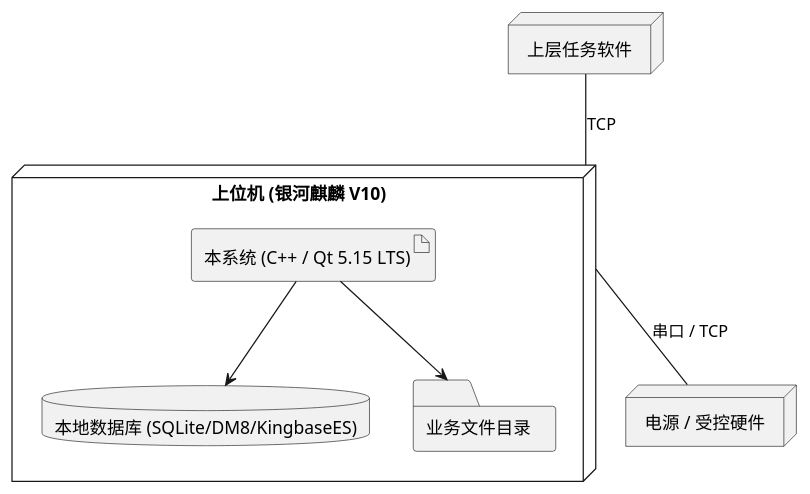
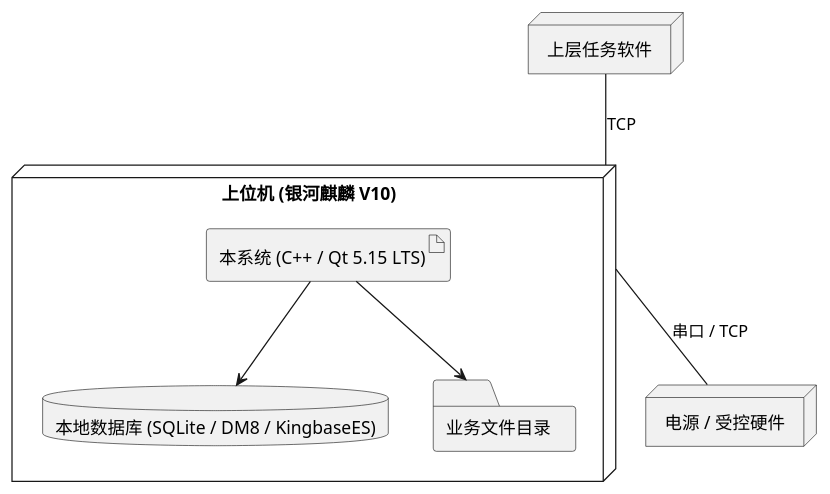
The second of 2 diagrams in 方案/02-总体设计方案.md (cppshooter/cursor), drawn with PlantUML before and after one commit. The commit also changed other lines of this file and 6 other files, not shown here.

````diff
--- a/方案/02-总体设计方案.md
+++ b/方案/02-总体设计方案.md
@@ -75,16 +89,16 @@
 ```plantuml
 @startuml
 node "上位机 (银河麒麟 V10)" as PC {
   artifact "本系统 (C++ / Qt 5.15 LTS)" as App
-  database "本地数据库 (SQLite/DM8/KingbaseES)" as DB
+  database "本地数据库 (SQLite / DM8 / KingbaseES)" as DB
   folder "业务文件目录" as FS
 }
 node "电源 / 受控硬件" as HW
 node "上层任务软件" as Upper
 
 PC -down- HW : 串口 / TCP
 PC -up- Upper : TCP
 App --> DB
 App --> FS
 @enduml
 ```
````
